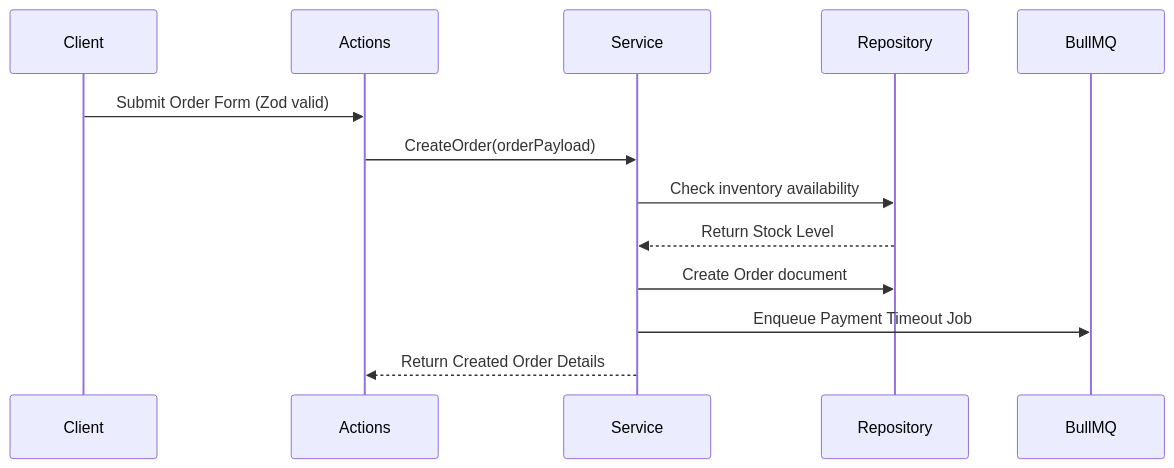
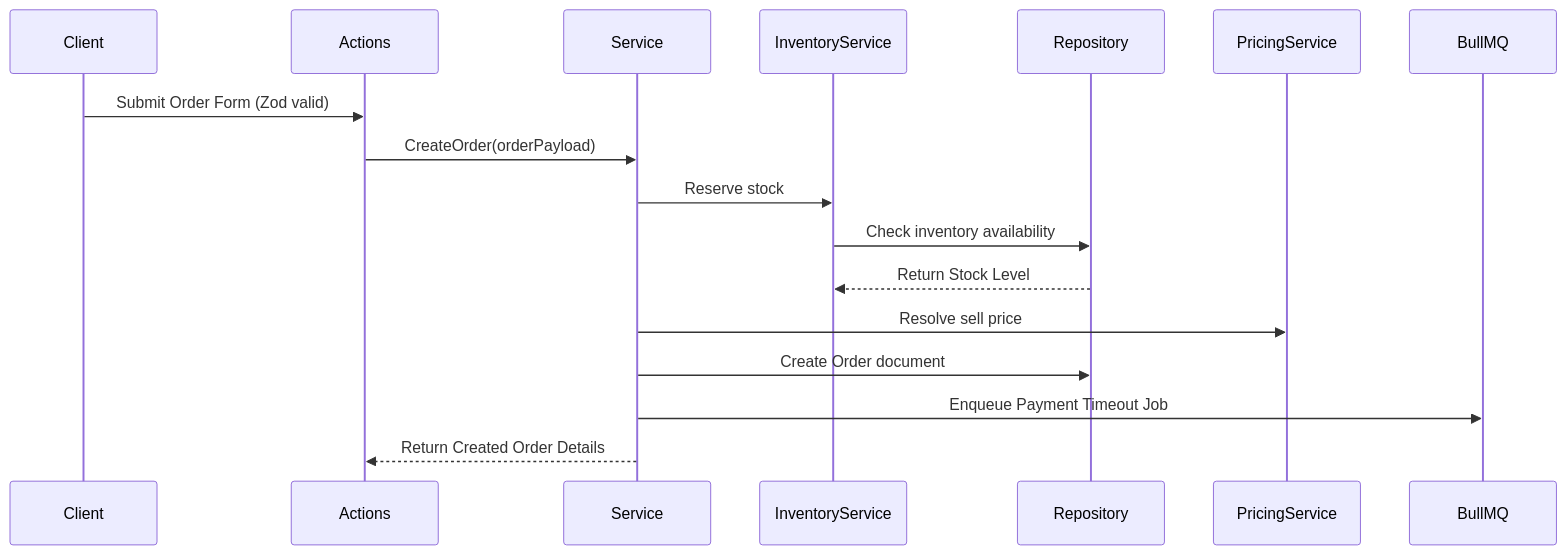
Before and after one commit to mdparvezulislam/dropshop-nn: the first of 4 diagrams in docs/07-feature-roadmap.md, drawn with Mermaid. The commit also changed other lines of this file and 135 other files, not shown here.

````diff
--- a/docs/07-feature-roadmap.md
+++ b/docs/07-feature-roadmap.md
@@ -7,10 +7,12 @@
 ```mermaid
 sequenceDiagram
     Client->>Actions: Submit Order Form (Zod valid)
     Actions->>Service: CreateOrder(orderPayload)
-    Service->>Repository: Check inventory availability
-    Repository-->>Service: Return Stock Level
+    Service->>InventoryService: Reserve stock
+    InventoryService->>Repository: Check inventory availability
+    Repository-->>InventoryService: Return Stock Level
+    Service->>PricingService: Resolve sell price
     Service->>Repository: Create Order document
     Service->>BullMQ: Enqueue Payment Timeout Job
     Service-->>Actions: Return Created Order Details
 ```
````
